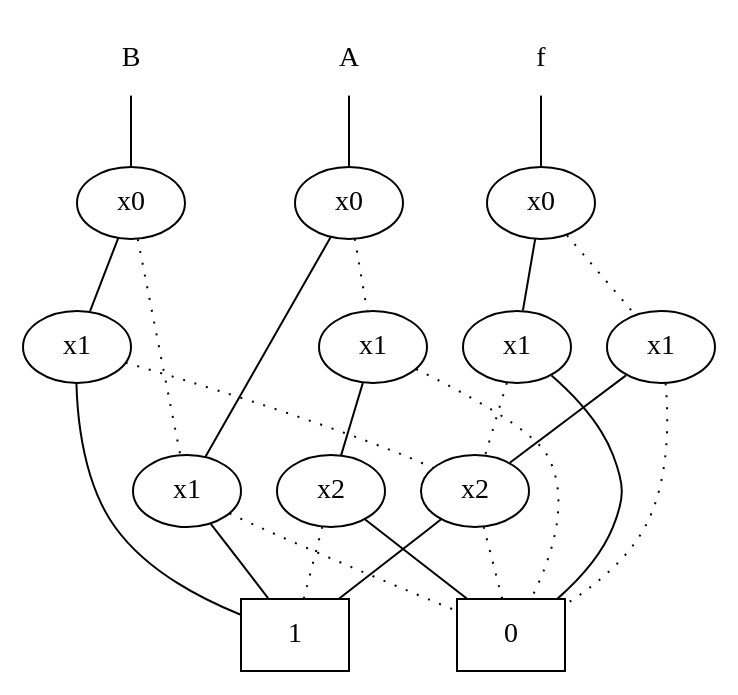
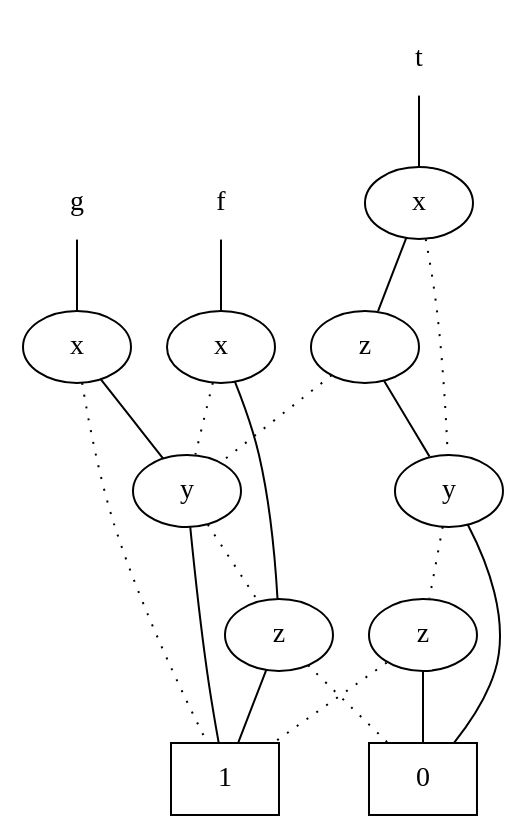
Before and after one commit to sventhijssen/SBDD: the diagram in SBDD/exportWithRes.dot, drawn with Graphviz. The commit also changed 15 other files, not shown here.

```diff
--- a/SBDD/exportWithRes.dot
+++ b/SBDD/exportWithRes.dot
@@ -1,40 +1,34 @@
 graph sbdd { 
-A[shape="plaintext"];
-A -- 5;
-B[shape="plaintext"];
-B -- 8;
 f[shape="plaintext"];
-f -- 11;
+f -- 4;
+g[shape="plaintext"];
+g -- 5;
+t[shape="plaintext"];
+t -- 9;
 1[shape="box"];
 0[shape="box"];
-2[label="x2"];
-3[label="x1"];
-4[label="x1"];
-5[label="x0"];
-6[label="x2"];
-7[label="x1"];
-8[label="x0"];
-9[label="x1"];
-10[label="x1"];
-11[label="x0"];
-2 -- 1 [style="dotted"];
-2 -- 0;
-3 -- 0 [style="dotted"];
-3 -- 2;
-4 -- 0 [style="dotted"];
-4 -- 1;
-5 -- 3 [style="dotted"];
-5 -- 4;
-6 -- 0 [style="dotted"];
-6 -- 1;
+2[label="z"];
+3[label="y"];
+4[label="x"];
+5[label="x"];
+6[label="z"];
+7[label="y"];
+8[label="z"];
+9[label="x"];
+2 -- 0 [style="dotted"];
+2 -- 1;
+3 -- 2 [style="dotted"];
+3 -- 1;
+4 -- 3 [style="dotted"];
+4 -- 2;
+5 -- 1 [style="dotted"];
+5 -- 3;
+6 -- 1 [style="dotted"];
+6 -- 0;
 7 -- 6 [style="dotted"];
-7 -- 1;
-8 -- 4 [style="dotted"];
+7 -- 0;
+8 -- 3 [style="dotted"];
 8 -- 7;
-9 -- 6 [style="dotted"];
-9 -- 0;
-10 -- 0 [style="dotted"];
-10 -- 6;
-11 -- 10 [style="dotted"];
-11 -- 9;
+9 -- 7 [style="dotted"];
+9 -- 8;
  }
```
